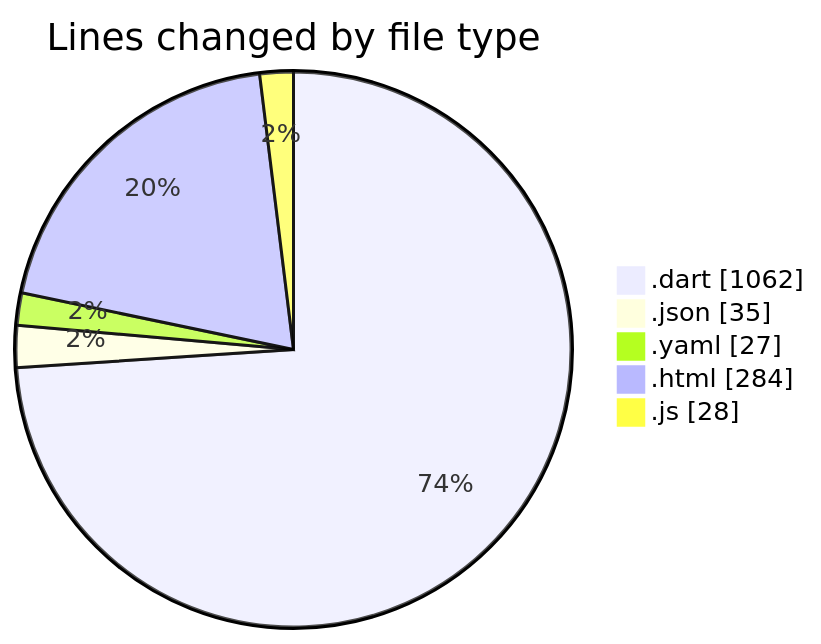
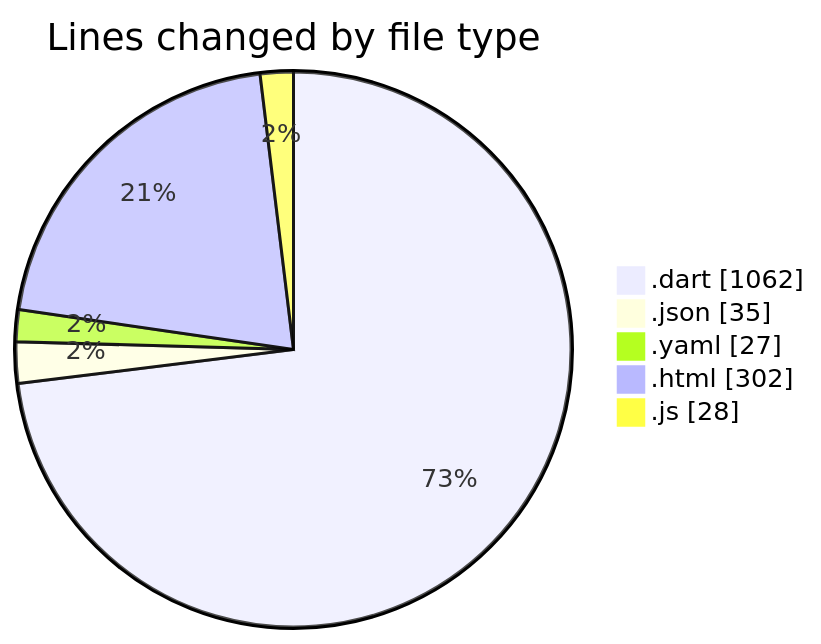
One commit to lephambinh05/code-tracking changed the first of 2 diagrams in 2025-09-08/quanlylink/README.md. Above: the diagram before and after it, drawn with Mermaid. The commit also changed other lines of this file and 1 other file, not shown here.

````diff
--- a/2025-09-08/quanlylink/README.md
+++ b/2025-09-08/quanlylink/README.md
@@ -30,9 +30,9 @@
 ```mermaid
 pie showData
 title Lines changed by file type
 ".dart" : 1062
 ".json" : 35
 ".yaml" : 27
-".html" : 284
+".html" : 302
 ".js" : 28
 ```
````
